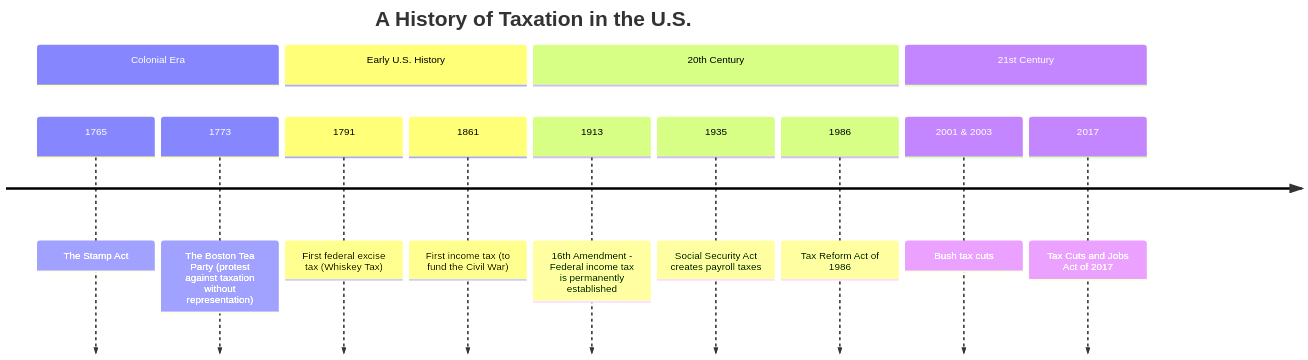
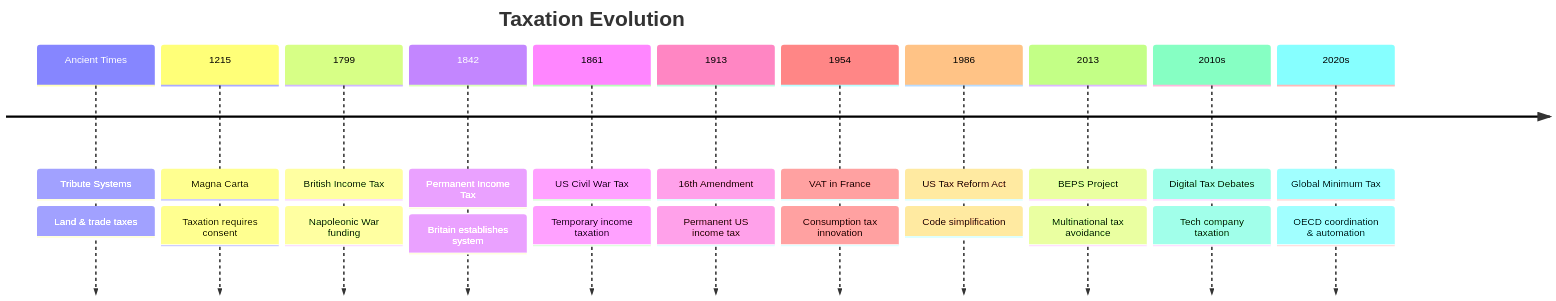
The diagram in timeline/Business and Administration/markdowns/275_taxation.md (elidepb/mermaid_corpus), drawn with Mermaid before and after one commit. The commit also changed 3129 other files, not shown here.

````diff
--- a/timeline/Business and Administration/markdowns/275_taxation.md
+++ b/timeline/Business and Administration/markdowns/275_taxation.md
@@ -1,17 +1,26 @@
 ```mermaid
 timeline
-    title A History of Taxation in the U.S.
-    section Colonial Era
-        1765 : The Stamp Act
-        1773 : The Boston Tea Party (protest against taxation without representation)
-    section Early U.S. History
-        1791 : First federal excise tax (Whiskey Tax)
-        1861 : First income tax (to fund the Civil War)
-    section 20th Century
-        1913 : 16th Amendment - Federal income tax is permanently established
-        1935 : Social Security Act creates payroll taxes
-        1986 : Tax Reform Act of 1986
-    section 21st Century
-        2001 & 2003 : Bush tax cuts
-        2017 : Tax Cuts and Jobs Act of 2017
+    title Taxation Evolution
+    Ancient Times : Tribute Systems
+                  : Land & trade taxes
+    1215 : Magna Carta
+         : Taxation requires consent
+    1799 : British Income Tax
+         : Napoleonic War funding
+    1842 : Permanent Income Tax
+         : Britain establishes system
+    1861 : US Civil War Tax
+         : Temporary income taxation
+    1913 : 16th Amendment
+         : Permanent US income tax
+    1954 : VAT in France
+         : Consumption tax innovation
+    1986 : US Tax Reform Act
+         : Code simplification
+    2013 : BEPS Project
+         : Multinational tax avoidance
+    2010s : Digital Tax Debates
+          : Tech company taxation
+    2020s : Global Minimum Tax
+          : OECD coordination & automation
 ```
````
